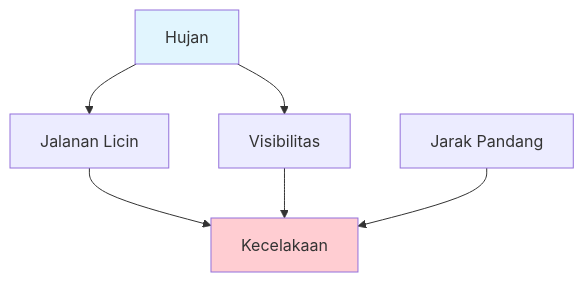
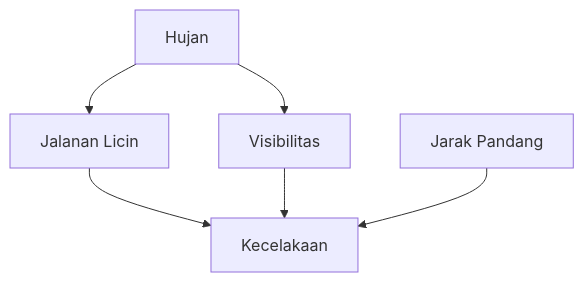
The eighth of 9 diagrams in bab-03-representasi.md (antonprafanto/dasarAI2026), drawn with Mermaid before and after one commit. The commit also changed other lines of this file and 8 other files, not shown here.

Commit message:
Fix: Remove custom Mermaid styling for better dark mode visibility

````diff
--- a/bab-03-representasi.md
+++ b/bab-03-representasi.md
@@ -626,12 +596,9 @@
 ```mermaid
 graph TD
     Rain[Hujan] --> Wet[Jalanan Licin]
     Rain --> Vis[Visibilitas]
 
     Wet --> Accident[Kecelakaan]
     Vis --> Accident
     Speed[Jarak Pandang] --> Accident
-
-    style Rain fill:#e1f5fe
-    style Accident fill:#ffcdd2
 ```
````
